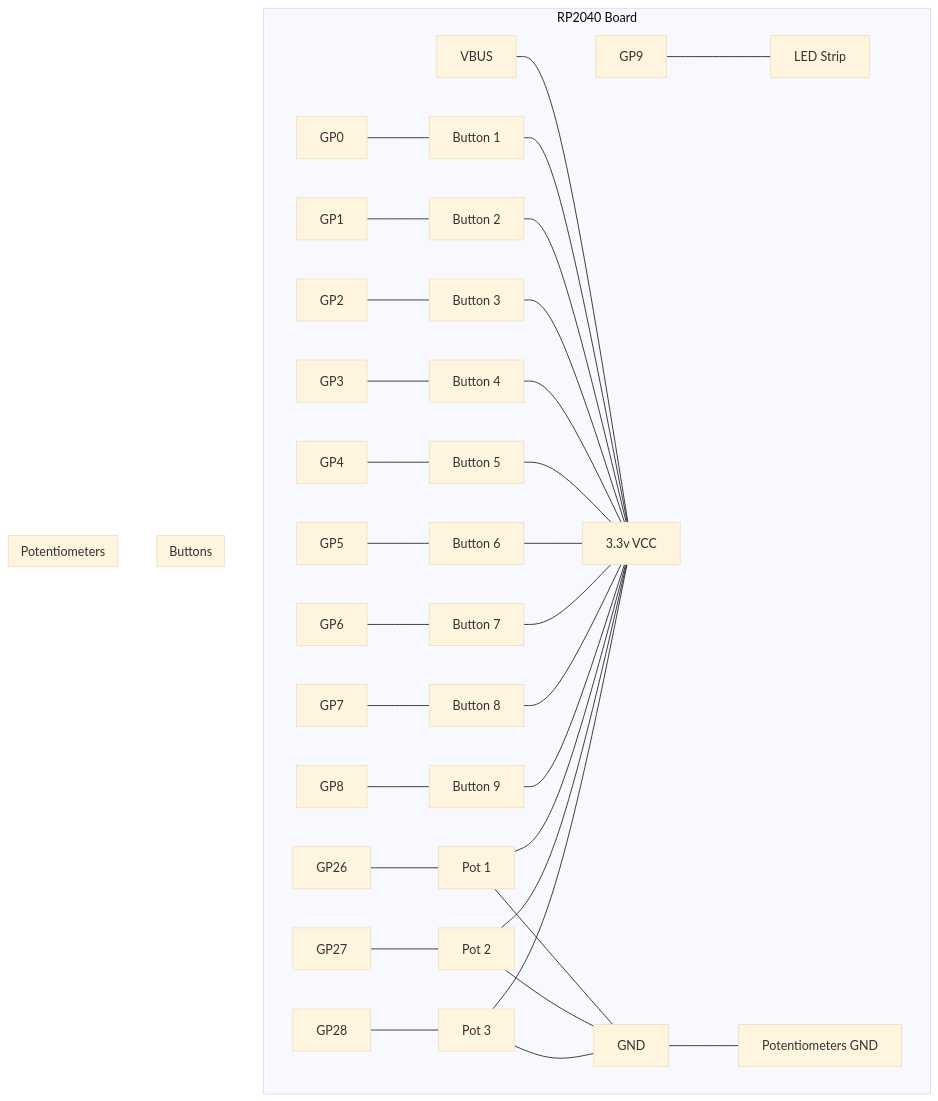
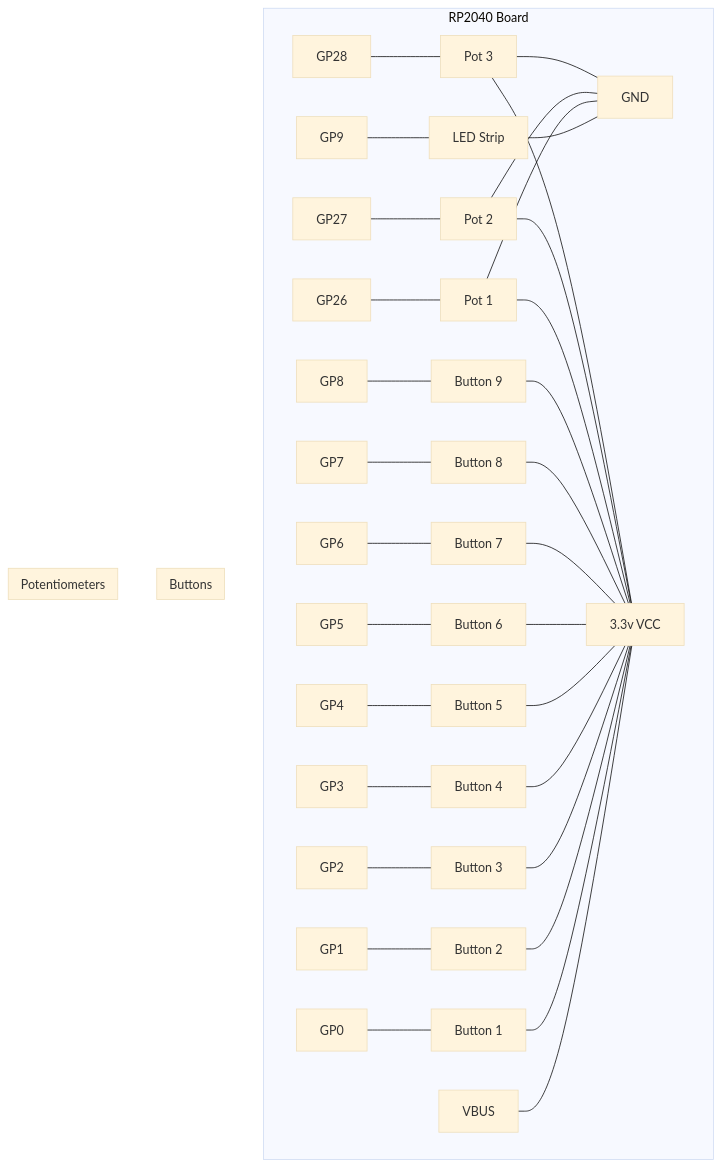
One commit to kaa-serpent/MIDIgnon changed the diagram in README.md. Above: the diagram before and after it, drawn with Mermaid (base theme).

Commit message:
subgraph

````diff
--- a/README.md
+++ b/README.md
@@ -39,45 +39,44 @@
 ```mermaid
 graph TD
     subgraph RP2040 Board
         GP0 --- B1[Button 1]
         GP1 --- B2[Button 2]
         GP2 --- B3[Button 3]
         GP3 --- B4[Button 4]
         GP4 --- B5[Button 5]
         GP5 --- B6[Button 6]
         GP6 --- B7[Button 7]
         GP7 --- B8[Button 8]
         GP8 --- B9[Button 9]
 
         GP26 --- P1[Pot 1]
         GP27 --- P2[Pot 2]
         GP28 --- P3[Pot 3]
 
-        GP9 --- LED[LED Strip]
+        GP9 --- LED[LED Strip] --- GND
         
         VBUS --- VCC[3.3v VCC]
-        GND --- GND_P[Potentiometers GND]
     end
 
     subgraph Buttons
         B1 --- VCC
         B2 --- VCC
         B3 --- VCC
         B4 --- VCC
         B5 --- VCC
         B6 --- VCC
         B7 --- VCC
         B8 --- VCC
         B9 --- VCC
     end
 
     subgraph Potentiometers
         P1 --- VCC
         P2 --- VCC
         P3 --- VCC
         P1 --- GND
         P2 --- GND
         P3 --- GND
     end
 
 ```
````
